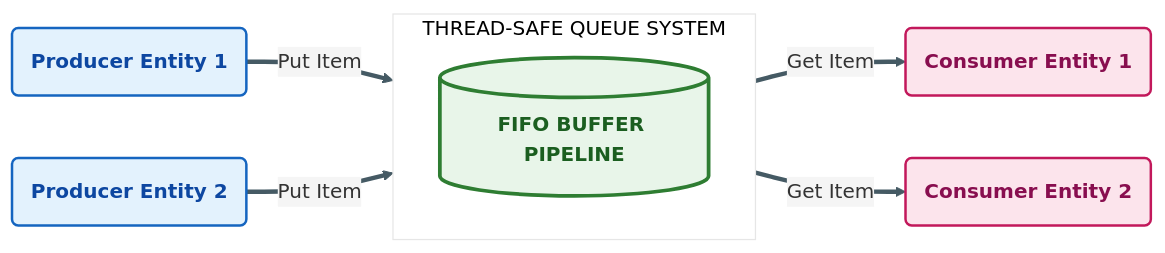
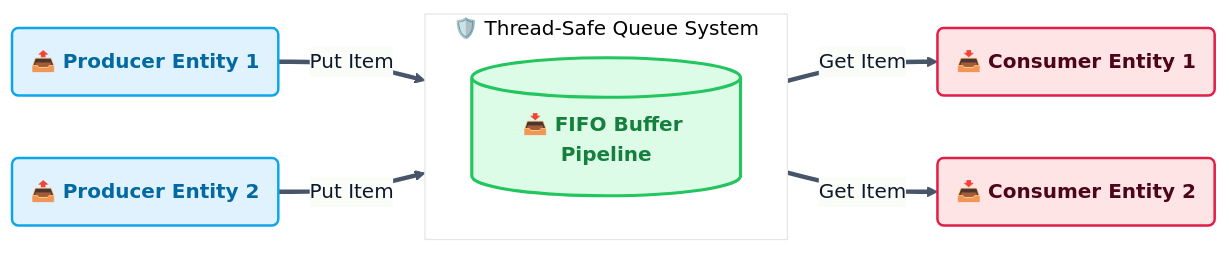
One commit to RameenAnwar/PDC-SP26-SE changed the ninth of 9 diagrams in SyedMuhammadHuzaifaAshrafi-(23FA-035-SE)/Chapter02/README.md. Above: the diagram before and after it, drawn with Mermaid. The commit also changed other lines of this file and 5 other files, not shown here.

````diff
--- a/SyedMuhammadHuzaifaAshrafi-(23FA-035-SE)/Chapter02/README.md
+++ b/SyedMuhammadHuzaifaAshrafi-(23FA-035-SE)/Chapter02/README.md
@@ -971,28 +328,28 @@
 ```mermaid
-%%{init: {'theme': 'base', 'themeVariables': { 'lineColor': '#455A64', 'primaryColor': '#F5F5F5' }}}%%
+%%{init: {'theme': 'base', 'themeVariables': { 'lineColor': '#475569', 'primaryColor': '#f8fafc', 'primaryTextColor': '#0f172a', 'primaryBorderColor': '#cbd5e1' }}}%%
 flowchart LR
-    %% Pro Max Queue Pipe Visual
-    classDef queue fill:#E8F5E9,stroke:#2E7D32,stroke-width:3px,color:#1B5E20,font-weight:bold
-    classDef prod fill:#E3F2FD,stroke:#1565C0,stroke-width:2px,color:#0D47A1,font-weight:bold
-    classDef cons fill:#FCE4EC,stroke:#C2185B,stroke-width:2px,color:#880E4F,font-weight:bold
+    %% Premium Queue Pipe Visual
+    classDef queue fill:#dcfce7,stroke:#22c55e,stroke-width:2.5px,color:#15803d,font-weight:bold
+    classDef prod fill:#e0f2fe,stroke:#0ea5e9,stroke-width:2px,color:#0369a1,font-weight:bold
+    classDef cons fill:#ffe4e6,stroke:#e11d48,stroke-width:2px,color:#4c0519,font-weight:bold
 
-    P1(Producer Entity 1)
-    P2(Producer Entity 2)
+    P1("📤 Producer Entity 1")
+    P2("📤 Producer Entity 2")
     
-    subgraph QUEUE_PIPE [THREAD-SAFE QUEUE SYSTEM]
+    subgraph QUEUE_PIPE ["🛡️ Thread-Safe Queue System"]
         direction LR
-        Q[(FIFO BUFFER PIPELINE)]
+        Q[("📥 FIFO Buffer Pipeline")]
     end
 
-    C1(Consumer Entity 1)
-    C2(Consumer Entity 2)
+    C1("📥 Consumer Entity 1")
+    C2("📥 Consumer Entity 2")
 
     P1 == "Put Item" ==> Q
     P2 == "Put Item" ==> Q
     Q == "Get Item" ==> C1
     Q == "Get Item" ==> C2
 
     class Q queue
     class P1,P2 prod
     class C1,C2 cons
 ```
````
